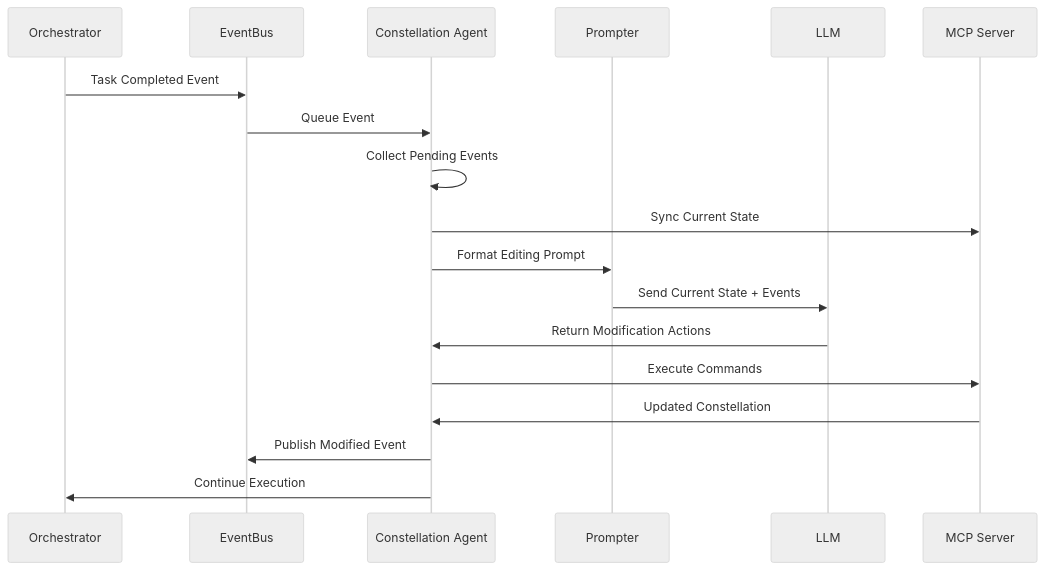
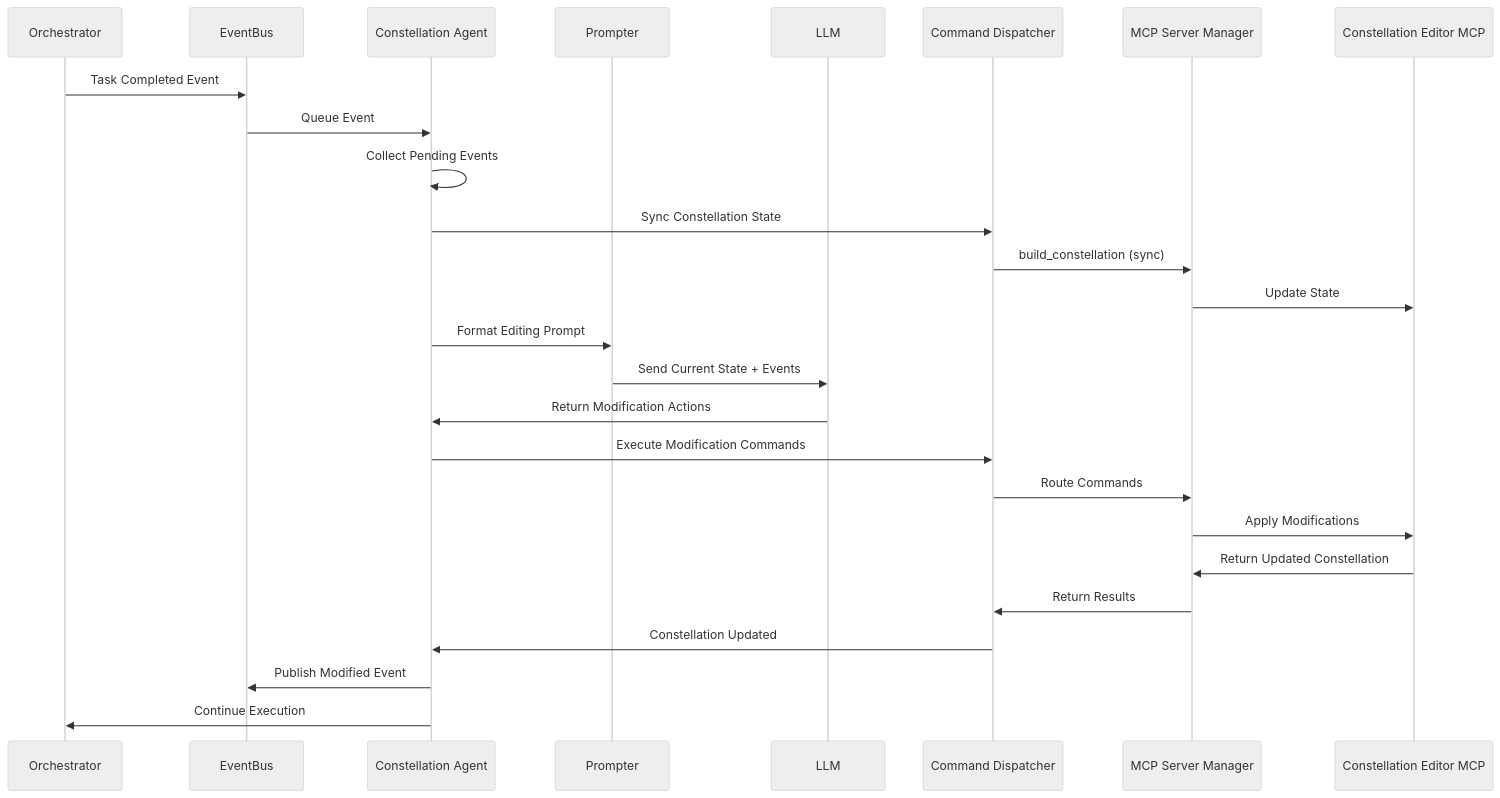
One commit to microsoft/UFO changed the fourth of 6 diagrams in documents/docs/galaxy/constellation_agent/overview.md. Above: the diagram before and after it, drawn with Mermaid (neutral theme). The commit also changed other lines of this file and 13 other files, not shown here.

````diff
--- a/documents/docs/galaxy/constellation_agent/overview.md
+++ b/documents/docs/galaxy/constellation_agent/overview.md
@@ -174,21 +172,29 @@
 ```mermaid
 sequenceDiagram
     participant Orchestrator
     participant EventBus
     participant Agent as Constellation Agent
     participant Prompter
     participant LLM
-    participant MCP as MCP Server
+    participant Dispatcher as Command Dispatcher
+    participant MCP as MCP Server Manager
+    participant Editor as Constellation Editor MCP
     
     Orchestrator->>EventBus: Task Completed Event
     EventBus->>Agent: Queue Event
     Agent->>Agent: Collect Pending Events
-    Agent->>MCP: Sync Current State
+    Agent->>Dispatcher: Sync Constellation State
+    Dispatcher->>MCP: build_constellation (sync)
+    MCP->>Editor: Update State
     Agent->>Prompter: Format Editing Prompt
     Prompter->>LLM: Send Current State + Events
     LLM->>Agent: Return Modification Actions
-    Agent->>MCP: Execute Commands
-    MCP->>Agent: Updated Constellation
+    Agent->>Dispatcher: Execute Modification Commands
+    Dispatcher->>MCP: Route Commands
+    MCP->>Editor: Apply Modifications
+    Editor->>MCP: Return Updated Constellation
+    MCP->>Dispatcher: Return Results
+    Dispatcher->>Agent: Constellation Updated
     Agent->>EventBus: Publish Modified Event
     Agent->>Orchestrator: Continue Execution
 ```
````
